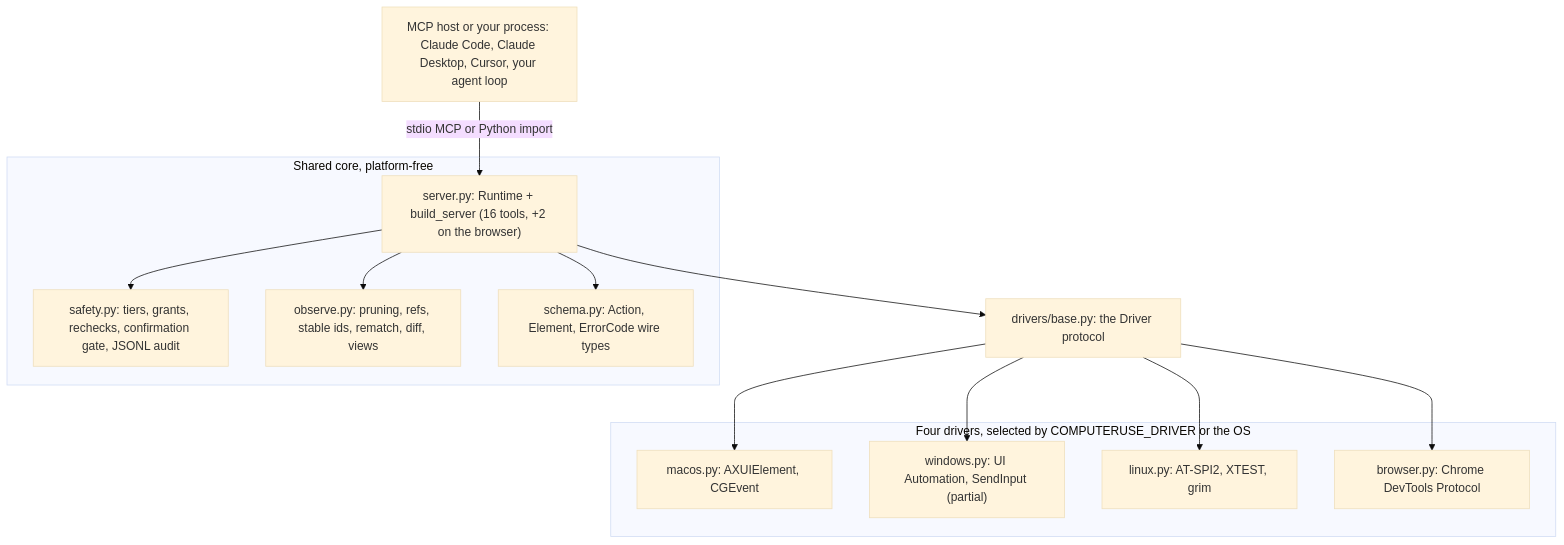
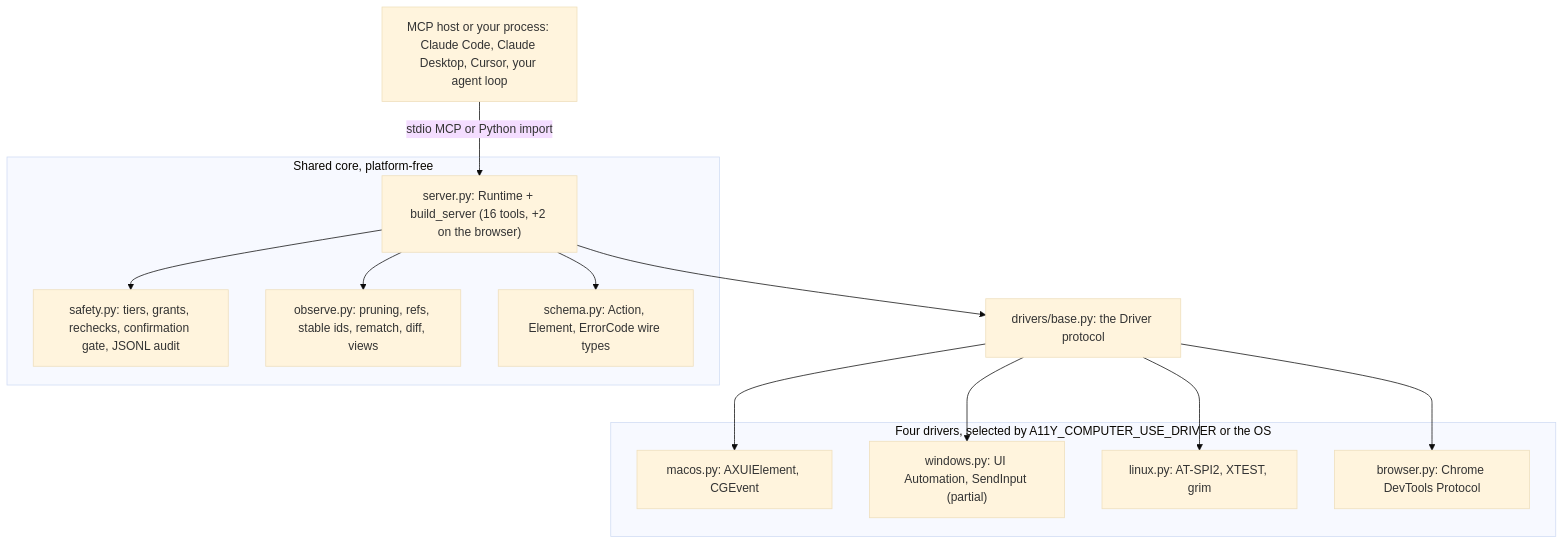
The diagram in README.md (Perception-Dynamics-Inc/a11y-computer-use), drawn with Mermaid (base theme) before and after one commit. The commit also changed other lines of this file and 176 other files, not shown here.

````diff
--- a/README.md
+++ b/README.md
@@ -286,26 +293,26 @@
 ```mermaid
 flowchart TB
   H["MCP host or your process: Claude Code, Claude Desktop, Cursor, your agent loop"]
   subgraph core["Shared core, platform-free"]
     S["server.py: Runtime + build_server (16 tools, +2 on the browser)"]
     SF["safety.py: tiers, grants, rechecks, confirmation gate, JSONL audit"]
     O["observe.py: pruning, refs, stable ids, rematch, diff, views"]
     SC["schema.py: Action, Element, ErrorCode wire types"]
   end
   D["drivers/base.py: the Driver protocol"]
-  subgraph drv["Four drivers, selected by COMPUTERUSE_DRIVER or the OS"]
+  subgraph drv["Four drivers, selected by A11Y_COMPUTER_USE_DRIVER or the OS"]
     M["macos.py: AXUIElement, CGEvent"]
     W["windows.py: UI Automation, SendInput (partial)"]
     L["linux.py: AT-SPI2, XTEST, grim"]
     B["browser.py: Chrome DevTools Protocol"]
   end
   H -->|stdio MCP or Python import| S
   S --> SF
   S --> O
   S --> SC
   S --> D
   D --> M
   D --> W
   D --> L
   D --> B
 ```
````
